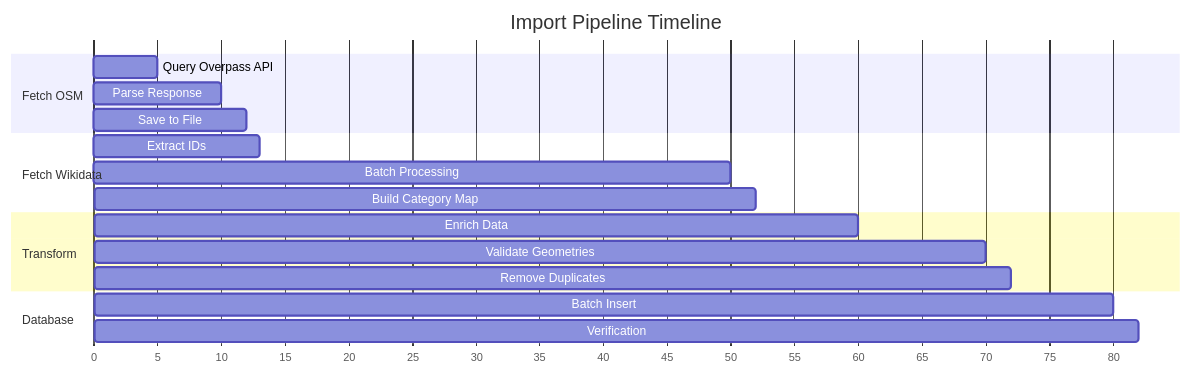
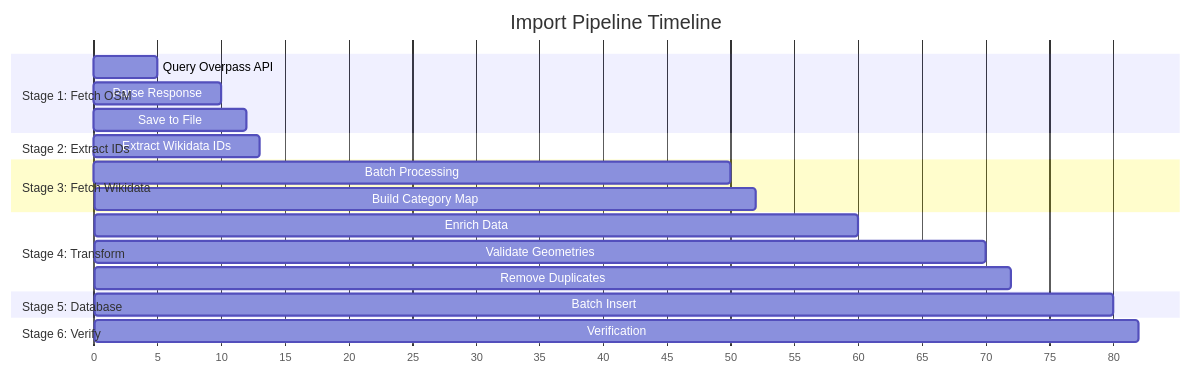
The fourth of 10 diagrams in docs/import/visual-overview.md (DaxServer/geocode-commons-categories), drawn with Mermaid before and after one commit. The commit also changed other lines of this file and 5 other files, not shown here.

````diff
--- a/docs/import/visual-overview.md
+++ b/docs/import/visual-overview.md
@@ -101,25 +103,29 @@
 ```mermaid
 gantt
     title Import Pipeline Timeline
     dateFormat X
     axisFormat %s
 
-    section Fetch OSM
+    section Stage 1: Fetch OSM
     Query Overpass API     :0, 5
     Parse Response         :5, 10
     Save to File           :10, 12
 
-    section Fetch Wikidata
-    Extract IDs            :12, 13
+    section Stage 2: Extract IDs
+    Extract Wikidata IDs   :12, 13
+
+    section Stage 3: Fetch Wikidata
     Batch Processing       :13, 50
     Build Category Map     :50, 52
 
-    section Transform
+    section Stage 4: Transform
     Enrich Data            :52, 60
     Validate Geometries    :60, 70
     Remove Duplicates      :70, 72
 
-    section Database
+    section Stage 5: Database
     Batch Insert           :72, 80
+
+    section Stage 6: Verify
     Verification           :80, 82
 ```
````
